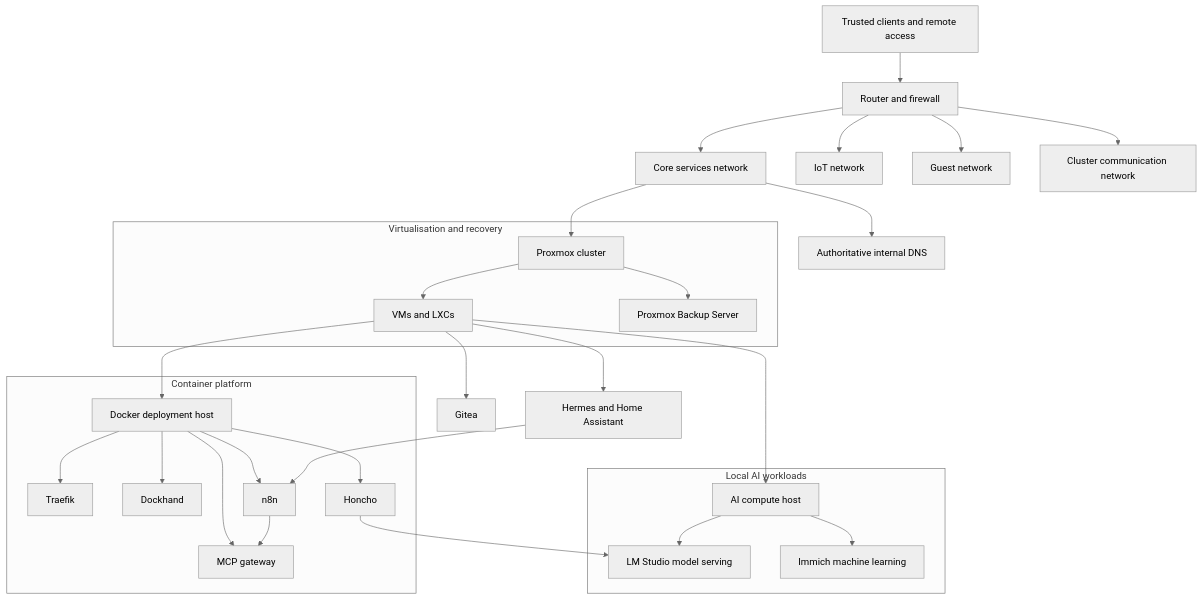
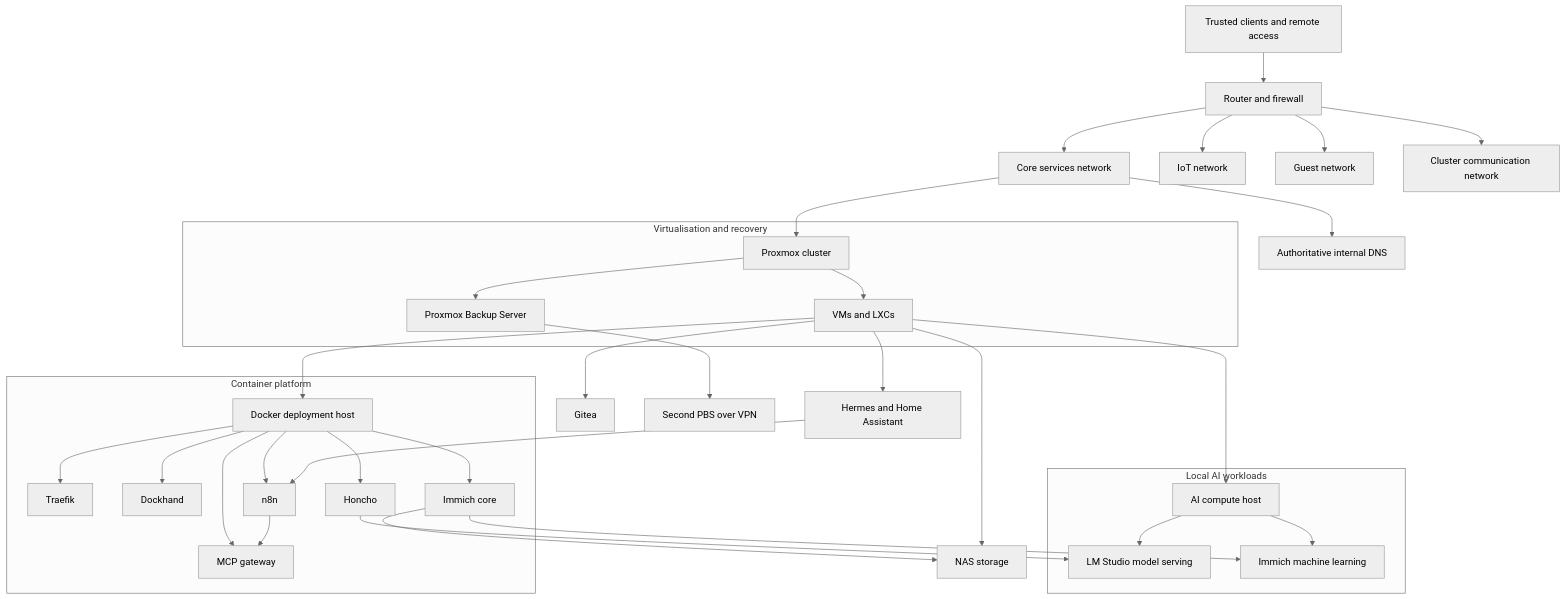
The diagram in README.md (M0zzi3/homelab), drawn with Mermaid (neutral theme) before and after one commit. The commit also changed other lines of this file and 18 other files, not shown here.

````diff
--- a/README.md
+++ b/README.md
@@ -22,39 +22,44 @@
 ```mermaid
 flowchart TB
     users[Trusted clients and remote access] --> edge[Router and firewall]
 
     edge --> core[Core services network]
     edge --> iot[IoT network]
     edge --> guest[Guest network]
     edge --> cluster[Cluster communication network]
 
     core --> dns[Authoritative internal DNS]
     core --> pve[Proxmox cluster]
 
     subgraph virtualisation[Virtualisation and recovery]
         pve --> guests[VMs and LXCs]
         pve --> backup[Proxmox Backup Server]
     end
 
     guests --> git[Gitea]
     guests --> docker[Docker deployment host]
     guests --> ai[AI compute host]
     guests --> automation[Hermes and Home Assistant]
+    guests --> storage[NAS storage]
 
     subgraph platform[Container platform]
         docker --> proxy[Traefik]
         docker --> deploy[Dockhand]
         docker --> workflows[n8n]
         docker --> memory[Honcho]
         docker --> gateway[MCP gateway]
+        docker --> photos[Immich core]
     end
 
     subgraph local_ai[Local AI workloads]
         ai --> models[LM Studio model serving]
         ai --> media_ml[Immich machine learning]
     end
 
     workflows --> gateway
     automation --> workflows
     memory --> models
+    photos --> media_ml
+    photos --> storage
+    backup --> offsite[Second PBS over VPN]
 ```
````
